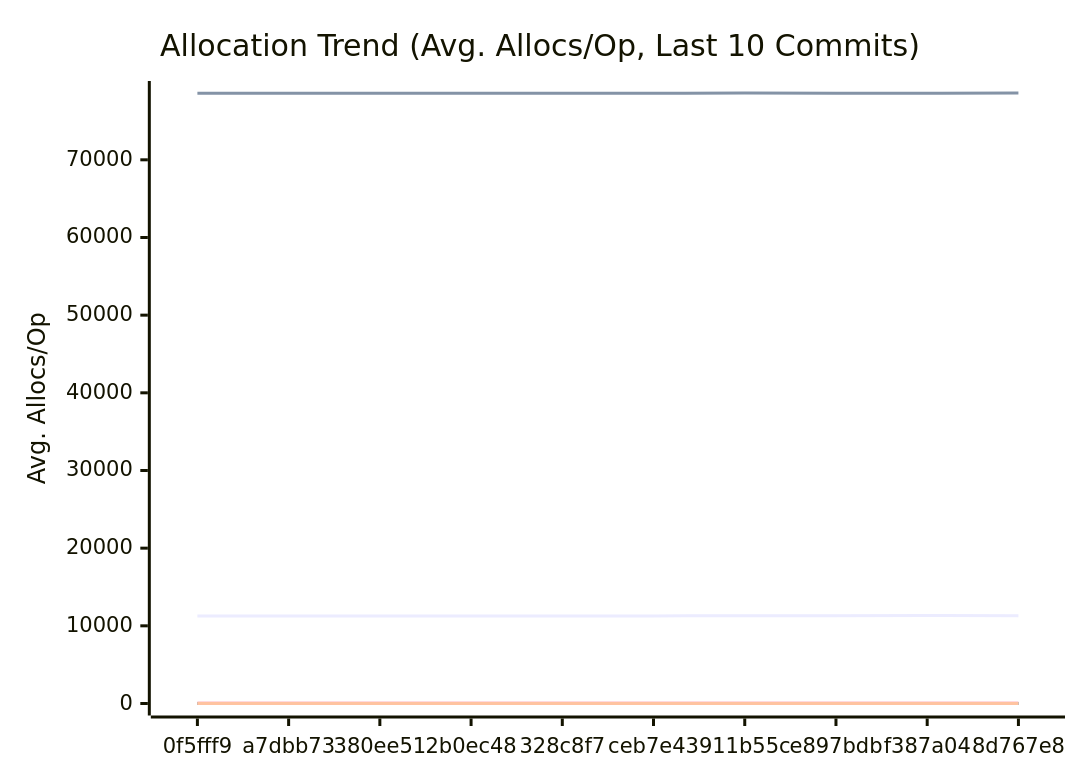
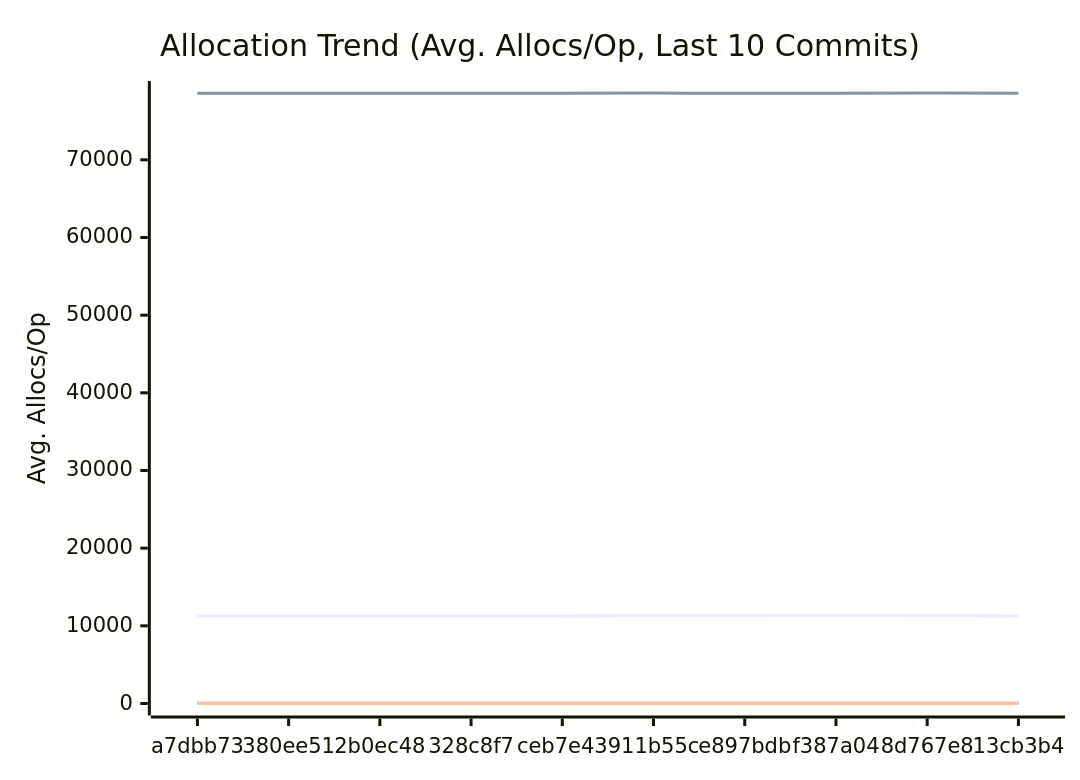
The third of 3 diagrams in docs/PERFORMANCE.md (alsotoes/momo), drawn with Mermaid before and after one commit. The commit also changed other lines of this file and 3 other files, not shown here.

````diff
--- a/docs/PERFORMANCE.md
+++ b/docs/PERFORMANCE.md
@@ -197,20 +197,20 @@
 ```mermaid
 xychart-beta
     title "Allocation Trend (Avg. Allocs/Op, Last 10 Commits)"
     x-axis "Commit"
     y-axis "Avg. Allocs/Op"
-    x-axis [0f5fff9,a7dbb73,380ee51,2b0ec48,328c8f7,ceb7e43,911b55c,e897bdb,f387a04,8d767e8]
-    line "AWSChunkedReaderSigned" [11272,11270,11273,11273,11279,11281,11298,11295,11317,11297]
-    line "AWSChunkedReaderUnsigned" [78569,78563,78558,78562,78559,78557,78598,78563,78578,78602]
+    x-axis [a7dbb73,380ee51,2b0ec48,328c8f7,ceb7e43,911b55c,e897bdb,f387a04,8d767e8,13cb3b4]
+    line "AWSChunkedReaderSigned" [11270,11273,11273,11279,11281,11298,11295,11317,11297,11272]
+    line "AWSChunkedReaderUnsigned" [78563,78558,78562,78559,78557,78598,78563,78578,78602,78562]
     line "CheckMetricsAndSwap" [0,0,0,0,0,0,0,0,0,0]
     line "CrushOptimized" [0,0,0,0,0,0,0,0,0,0]
     line "CrushOriginal" [3,3,3,3,3,3,3,3,3,3]
     line "IndexDirectTracking" [0,0,0,0,0,0,0,0,0,0]
     line "IndexSearch" [0,0,0,0,0,0,0,0,0,0]
     line "LoadGlobalConfig" [54,54,54,54,54,54,54,54,54,54]
     line "PadString" [1,1,1,1,1,1,1,1,1,1]
     line "ParseReplicationOrder_NoPrealloc" [6,6,6,6,6,5,5,5,5,5]
     line "ParseReplicationOrder_Prealloc" [2,2,2,2,2,1,1,1,1,1]
     line "SanitizeLog/Safe" [0,0,0,0,0,0,0,0,0,0]
     line "SanitizeLog/Unsafe" [1,1,1,1,1,1,1,1,1,1]
 ```
````
